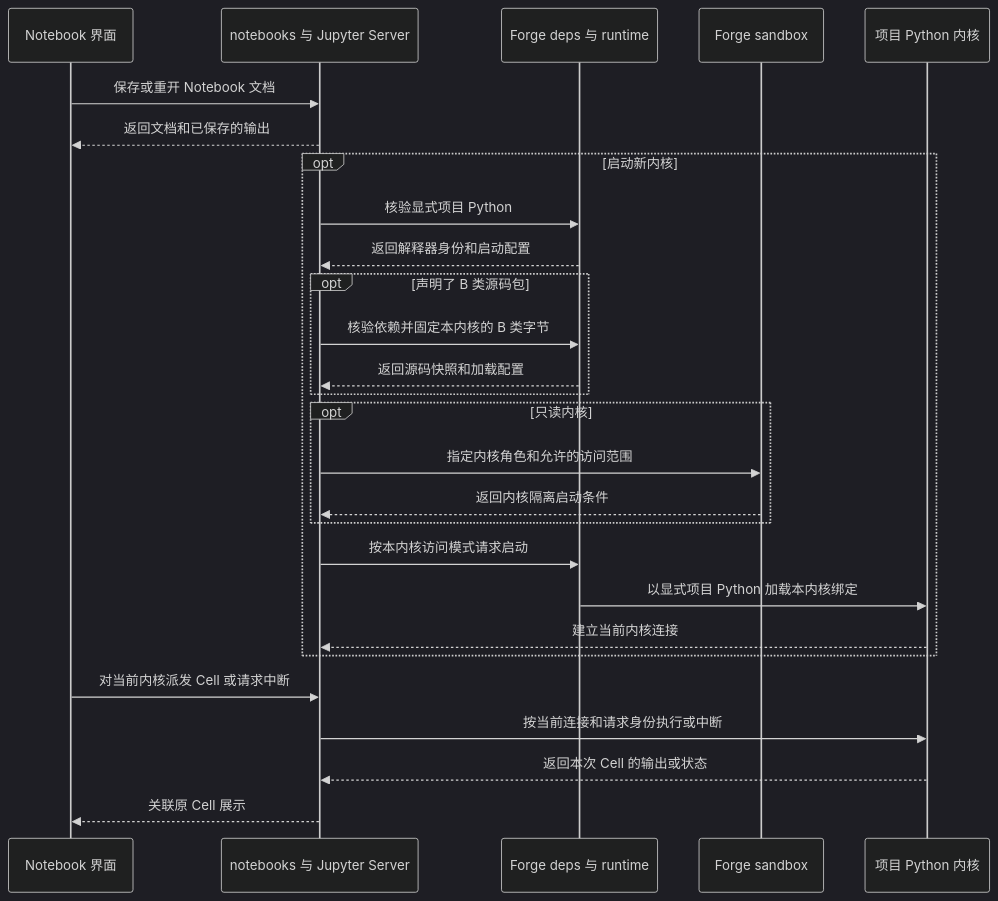
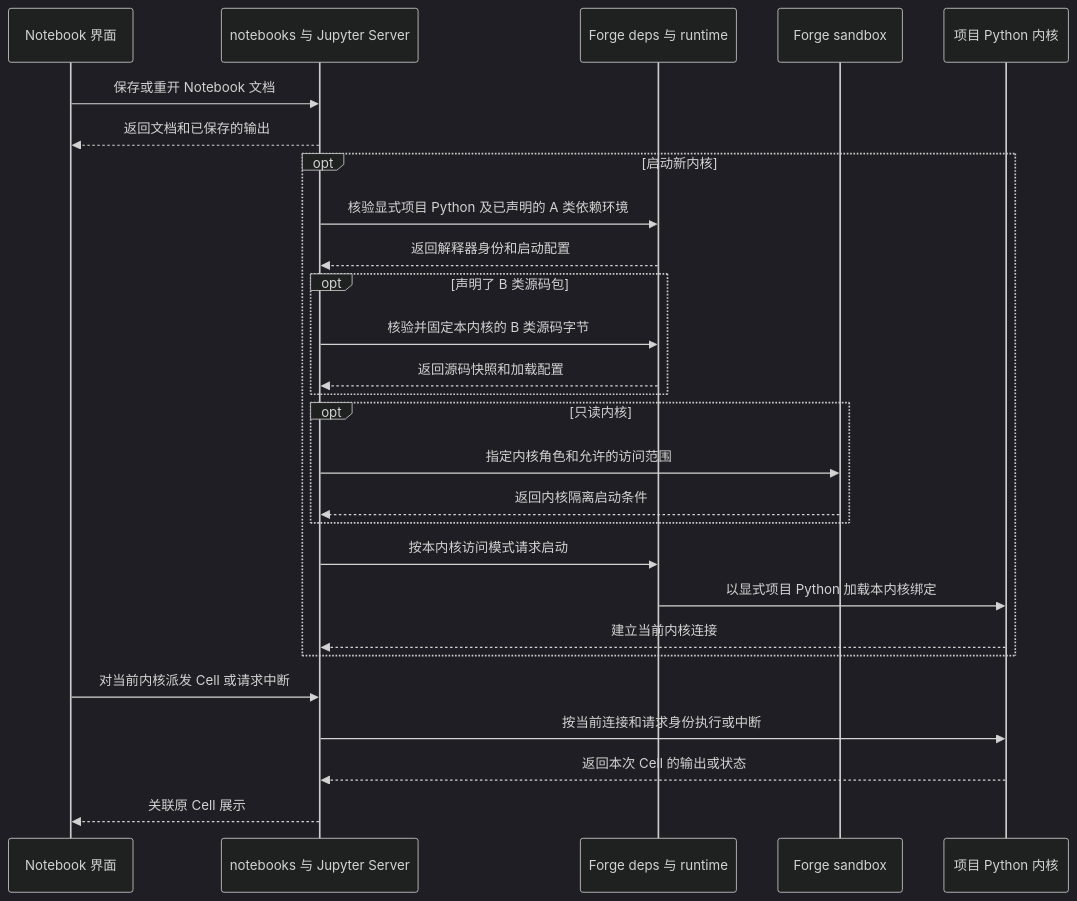
The tenth of 14 diagrams in docs/demiflow-architecture.md (vincent9299/demiflow), drawn with Mermaid (dark theme) before and after one commit.

Commit message:
Keep installed dependency verification independent of source packages

````diff
--- a/docs/demiflow-architecture.md
+++ b/docs/demiflow-architecture.md
@@ -340,29 +340,29 @@
 ```mermaid
 sequenceDiagram
     participant U as Notebook 界面
     participant N as notebooks 与 Jupyter Server
     participant R as Forge deps 与 runtime
     participant S as Forge sandbox
     participant K as 项目 Python 内核
     U->>N: 保存或重开 Notebook 文档
     N-->>U: 返回文档和已保存的输出
     opt 启动新内核
-        N->>R: 核验显式项目 Python
+        N->>R: 核验显式项目 Python 及已声明的 A 类依赖环境
         R-->>N: 返回解释器身份和启动配置
         opt 声明了 B 类源码包
-            N->>R: 核验依赖并固定本内核的 B 类字节
+            N->>R: 核验并固定本内核的 B 类源码字节
             R-->>N: 返回源码快照和加载配置
         end
         opt 只读内核
             N->>S: 指定内核角色和允许的访问范围
             S-->>N: 返回内核隔离启动条件
         end
         N->>R: 按本内核访问模式请求启动
         R->>K: 以显式项目 Python 加载本内核绑定
         K-->>N: 建立当前内核连接
     end
     U->>N: 对当前内核派发 Cell 或请求中断
     N->>K: 按当前连接和请求身份执行或中断
     K-->>N: 返回本次 Cell 的输出或状态
     N-->>U: 关联原 Cell 展示
 ```
````
